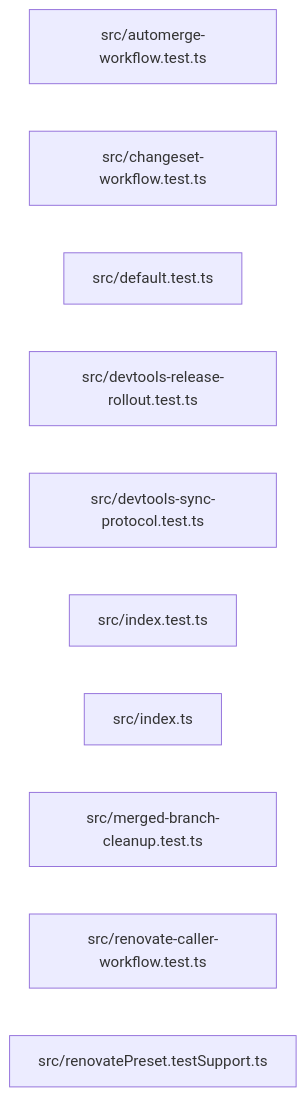
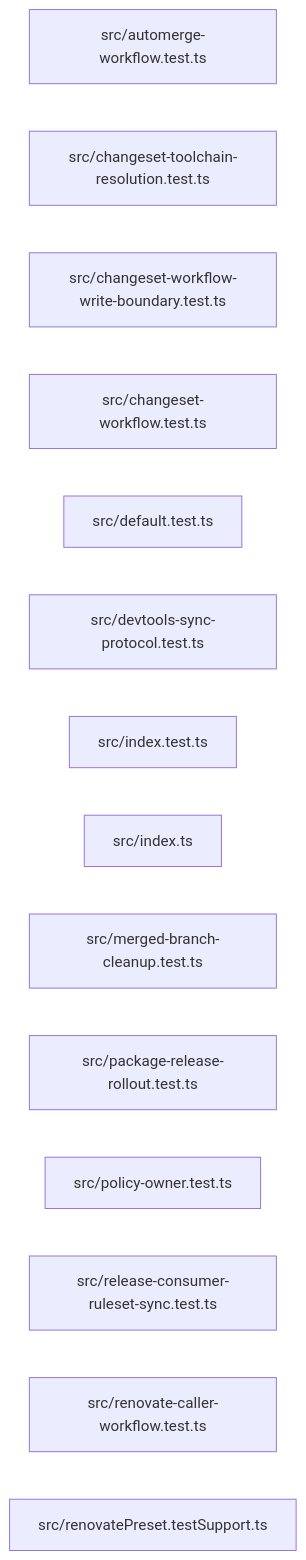
One commit to ankhorage/renovate changed the diagram in paradox/diagrams/export-graph.mmd. Above: the diagram before and after it, drawn with Mermaid. The commit also changed 13 other files, not shown here.

```diff
--- a/paradox/diagrams/export-graph.mmd
+++ b/paradox/diagrams/export-graph.mmd
@@ -1,11 +1,15 @@
 graph LR
   module_src_automerge_workflow_test_ts["src/automerge-workflow.test.ts"]
+  module_src_changeset_toolchain_resolution_test_ts["src/changeset-toolchain-resolution.test.ts"]
+  module_src_changeset_workflow_write_boundary_test_ts["src/changeset-workflow-write-boundary.test.ts"]
   module_src_changeset_workflow_test_ts["src/changeset-workflow.test.ts"]
   module_src_default_test_ts["src/default.test.ts"]
-  module_src_devtools_release_rollout_test_ts["src/devtools-release-rollout.test.ts"]
   module_src_devtools_sync_protocol_test_ts["src/devtools-sync-protocol.test.ts"]
   module_src_index_test_ts["src/index.test.ts"]
   module_src_index_ts["src/index.ts"]
   module_src_merged_branch_cleanup_test_ts["src/merged-branch-cleanup.test.ts"]
+  module_src_package_release_rollout_test_ts["src/package-release-rollout.test.ts"]
+  module_src_policy_owner_test_ts["src/policy-owner.test.ts"]
+  module_src_release_consumer_ruleset_sync_test_ts["src/release-consumer-ruleset-sync.test.ts"]
   module_src_renovate_caller_workflow_test_ts["src/renovate-caller-workflow.test.ts"]
   module_src_renovatePreset_testSupport_ts["src/renovatePreset.testSupport.ts"]
```
